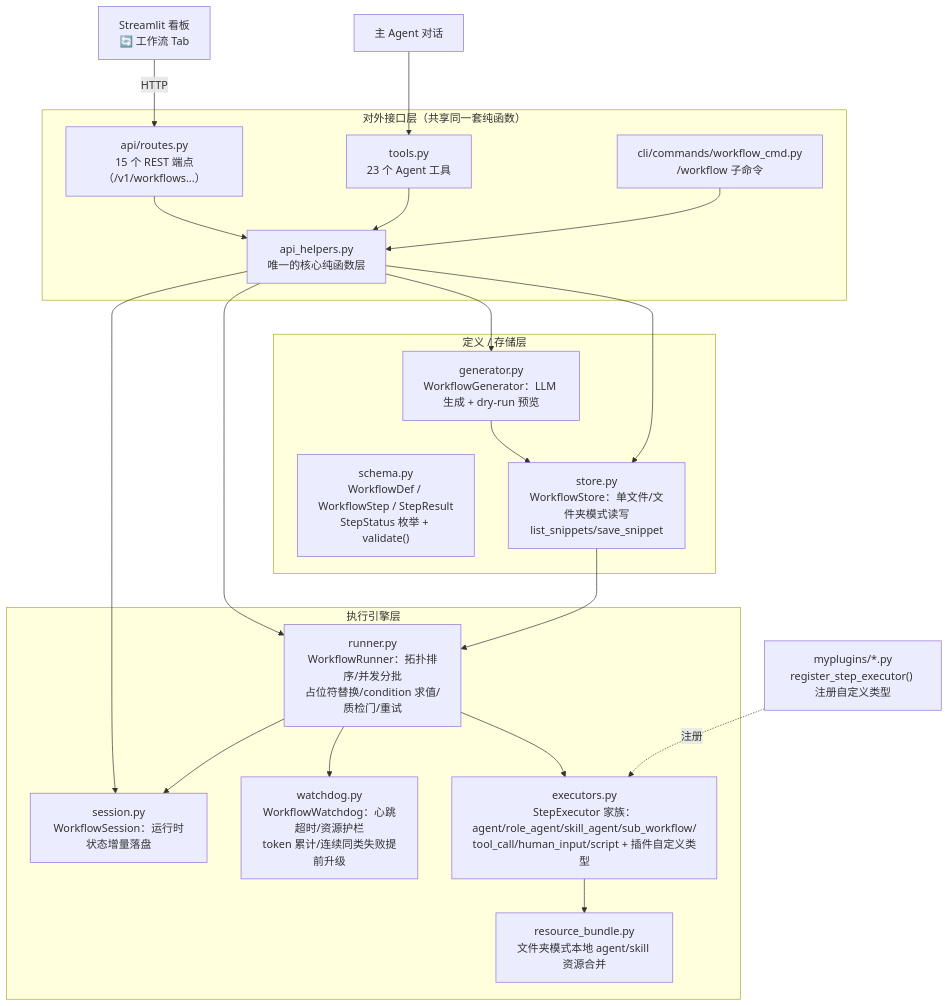
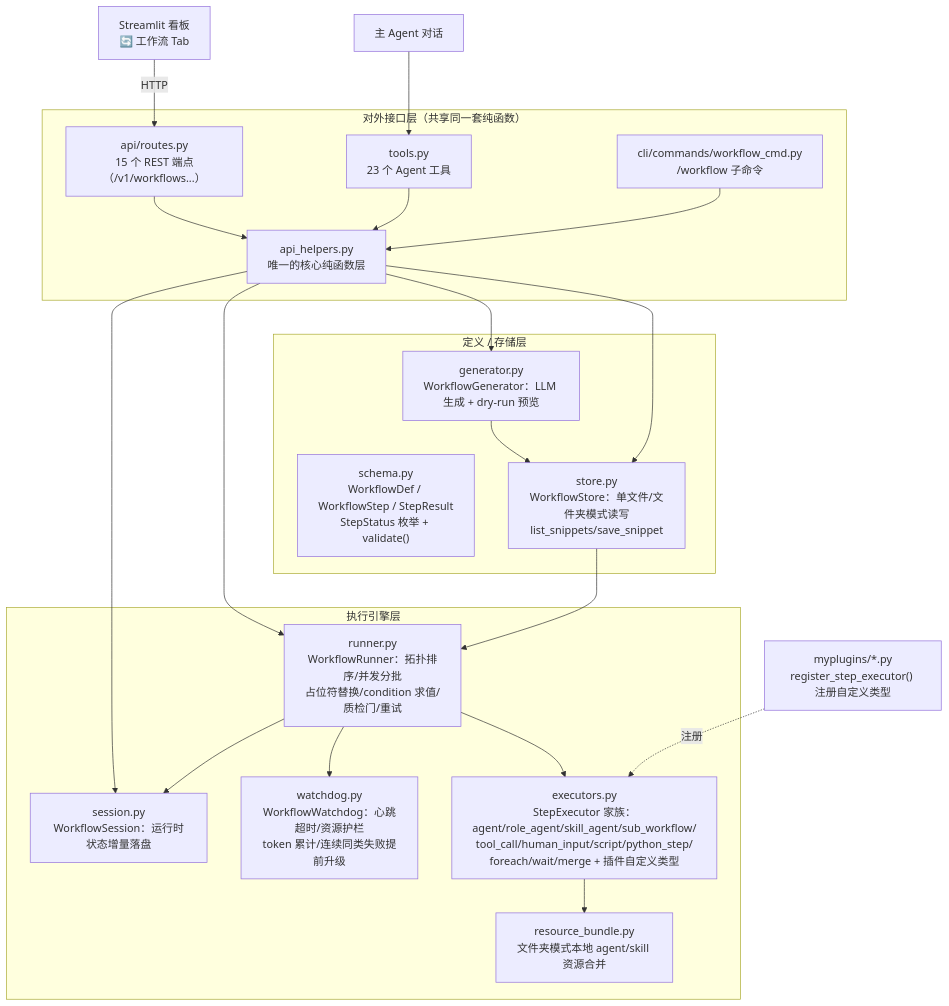
Before and after one commit to onewaymyway/mini_agent: the first of 4 diagrams in docs/workflow-guide.md, drawn with Mermaid. The commit also changed other lines of this file, not shown here.

````diff
--- a/docs/workflow-guide.md
+++ b/docs/workflow-guide.md
@@ -46,47 +46,47 @@
 ```mermaid
 graph TD
     subgraph DEF["定义 / 存储层"]
         Schema["schema.py<br/>WorkflowDef / WorkflowStep / StepResult<br/>StepStatus 枚举 + validate()"]
         Store["store.py<br/>WorkflowStore：单文件/文件夹模式读写<br/>list_snippets/save_snippet"]
         Generator["generator.py<br/>WorkflowGenerator：LLM 生成 + dry-run 预览"]
     end
 
     subgraph EXEC["执行引擎层"]
         Runner["runner.py<br/>WorkflowRunner：拓扑排序/并发分批<br/>占位符替换/condition 求值/质检门/重试"]
-        Executors["executors.py<br/>StepExecutor 家族：<br/>agent/role_agent/skill_agent/sub_workflow/<br/>tool_call/human_input/script + 插件自定义类型"]
+        Executors["executors.py<br/>StepExecutor 家族：<br/>agent/role_agent/skill_agent/sub_workflow/<br/>tool_call/human_input/script/python_step/<br/>foreach/wait/merge + 插件自定义类型"]
         Watchdog["watchdog.py<br/>WorkflowWatchdog：心跳超时/资源护栏<br/>token 累计/连续同类失败提前升级"]
         Session["session.py<br/>WorkflowSession：运行时状态增量落盘"]
         ResBundle["resource_bundle.py<br/>文件夹模式本地 agent/skill 资源合并"]
     end
 
     subgraph API["对外接口层（共享同一套纯函数）"]
         ApiHelpers["api_helpers.py<br/>唯一的核心纯函数层"]
         Tools["tools.py<br/>23 个 Agent 工具"]
         Routes["api/routes.py<br/>15 个 REST 端点（/v1/workflows...）"]
         CLI["cli/commands/workflow_cmd.py<br/>/workflow 子命令"]
     end
 
     Kanban["Streamlit 看板<br/>🔄 工作流 Tab"]
     Agent["主 Agent 对话"]
     Plugins["myplugins/*.py<br/>register_step_executor() 注册自定义类型"]
 
     Generator --> Store
     Store --> Runner
     Runner --> Executors
     Runner --> Watchdog
     Runner --> Session
     Executors --> ResBundle
     Plugins -.注册.-> Executors
 
     ApiHelpers --> Store
     ApiHelpers --> Generator
     ApiHelpers --> Runner
     ApiHelpers --> Session
 
     Tools --> ApiHelpers
     Routes --> ApiHelpers
     CLI --> ApiHelpers
 
     Agent --> Tools
     Kanban -- HTTP --> Routes
 ```
````
